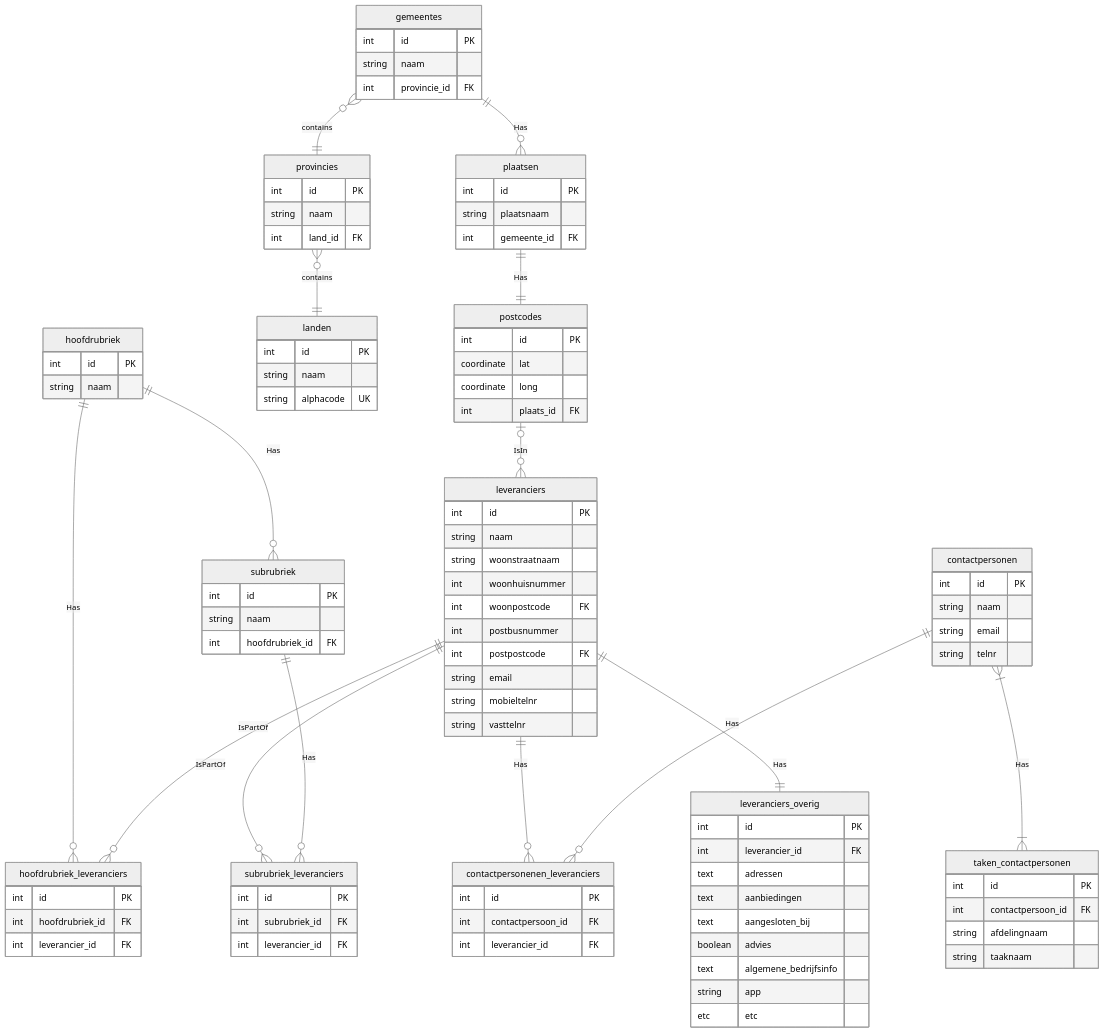
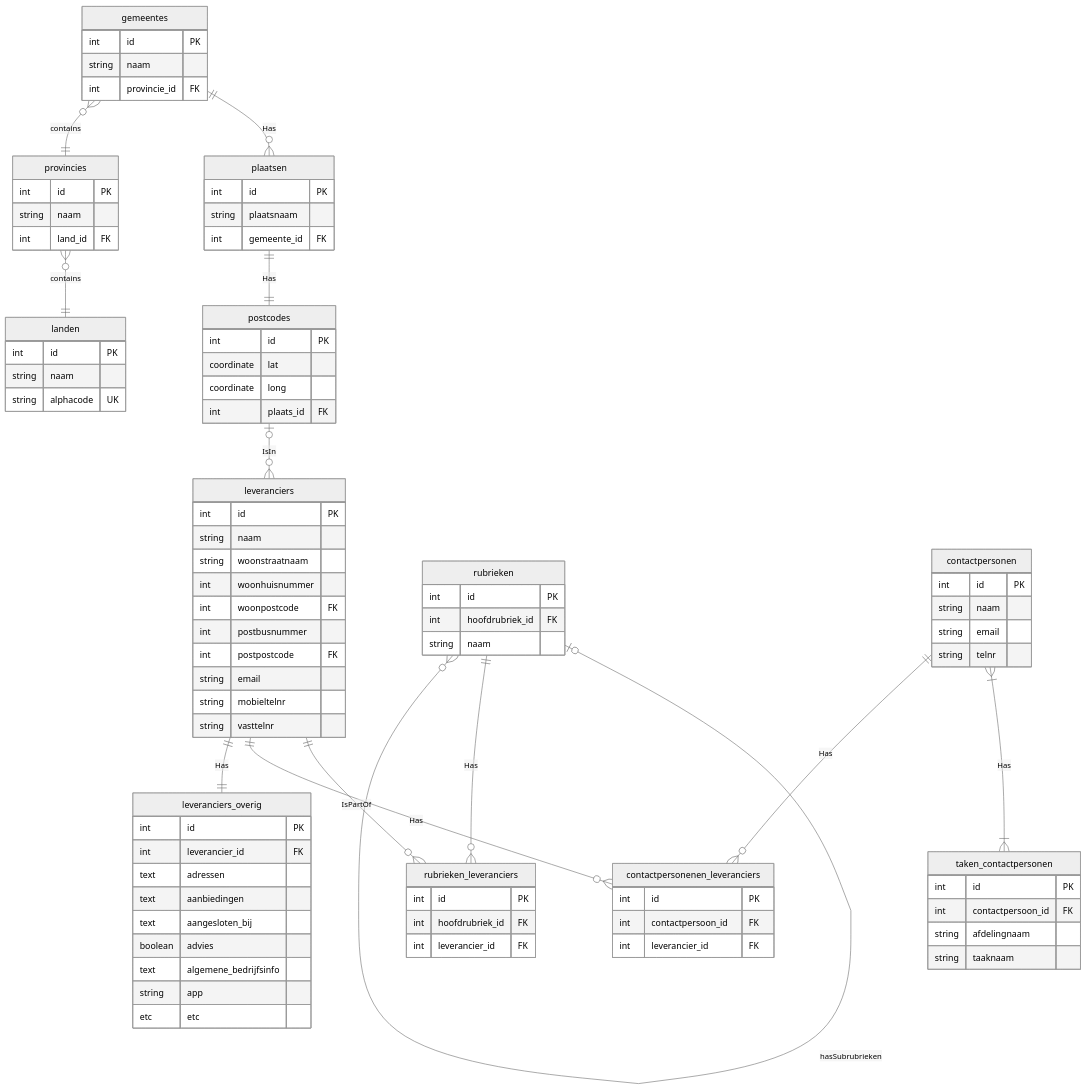
Before and after one commit to uknowwho/educom-data-science-1714723739: the diagram in relational-data-storage/opdracht-1/opdracht1.md, drawn with Mermaid (neutral theme).

Commit message:
01: opdr 1, issue 2; rubrieken nu in een tabel

````diff
--- a/relational-data-storage/opdracht-1/opdracht1.md
+++ b/relational-data-storage/opdracht-1/opdracht1.md
@@ -13,31 +13,18 @@
         string vasttelnr
     }
 
-    hoofdrubriek {
+    rubrieken o|--o{ rubrieken: hasSubrubrieken
+    rubrieken {
         int id PK
+        int hoofdrubriek_id FK
         string naam
     }
 
-    hoofdrubriek ||--o{ hoofdrubriek_leveranciers: Has
-    leveranciers ||--o{ hoofdrubriek_leveranciers: IsPartOf
-    hoofdrubriek_leveranciers {
+    rubrieken ||--o{ rubrieken_leveranciers: Has
+    leveranciers ||--o{ rubrieken_leveranciers: IsPartOf
+    rubrieken_leveranciers {
         int id PK
         int hoofdrubriek_id FK
-        int leverancier_id FK
-    }
-
-    hoofdrubriek ||--o{ subrubriek: Has
-    subrubriek {
-        int id PK
-        string naam 
-        int hoofdrubriek_id FK
-    }
-
-    leveranciers ||--o{ subrubriek_leveranciers: IsPartOf
-    subrubriek ||--o{ subrubriek_leveranciers: Has
-    subrubriek_leveranciers {
-        int id PK
-        int subrubriek_id FK
         int leverancier_id FK
     }
 
@@ -113,4 +100,5 @@
         etc etc
     }
 
+
 ```
````
